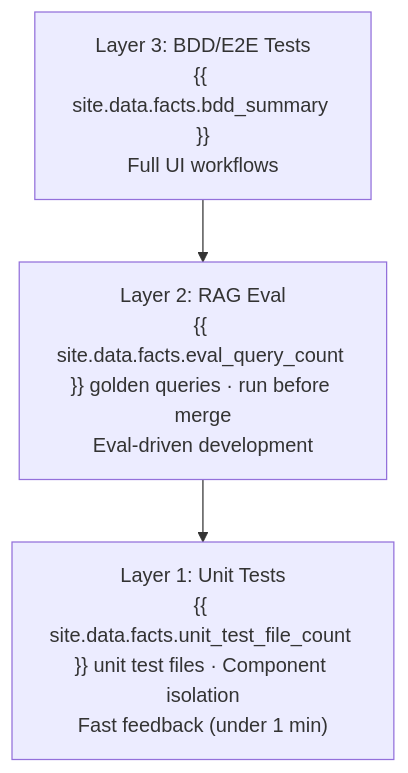
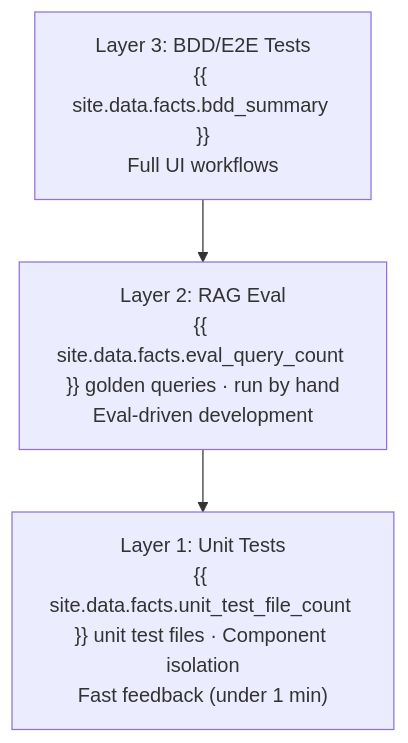
Before and after one commit to mcpugmire1/mattgpt-design-spec: the diagram in docs/11-testing-and-quality.md, drawn with Mermaid. The commit also changed other lines of this file, not shown here.

```diff
--- a/docs/11-testing-and-quality.md
+++ b/docs/11-testing-and-quality.md
@@ -24,7 +24,7 @@
 <div class="mermaid">
 graph TD
     L3["Layer 3: BDD/E2E Tests<br/>{{ site.data.facts.bdd_summary }}<br/>Full UI workflows"]
-    L2["Layer 2: RAG Eval<br/>{{ site.data.facts.eval_query_count }} golden queries · run before merge<br/>Eval-driven development"]
+    L2["Layer 2: RAG Eval<br/>{{ site.data.facts.eval_query_count }} golden queries · run by hand<br/>Eval-driven development"]
     L1["Layer 1: Unit Tests<br/>{{ site.data.facts.unit_test_file_count }} unit test files · Component isolation<br/>Fast feedback (under 1 min)"]
     L3 --> L2 --> L1
 </div>
```
